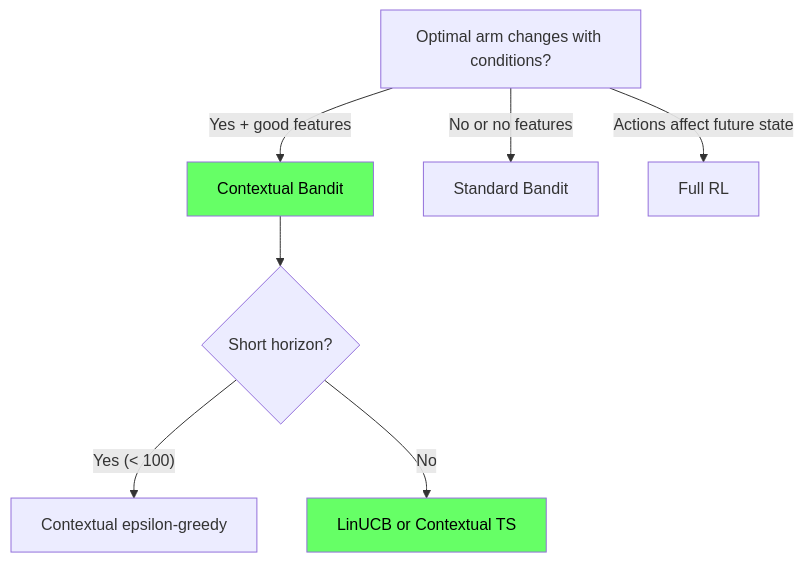
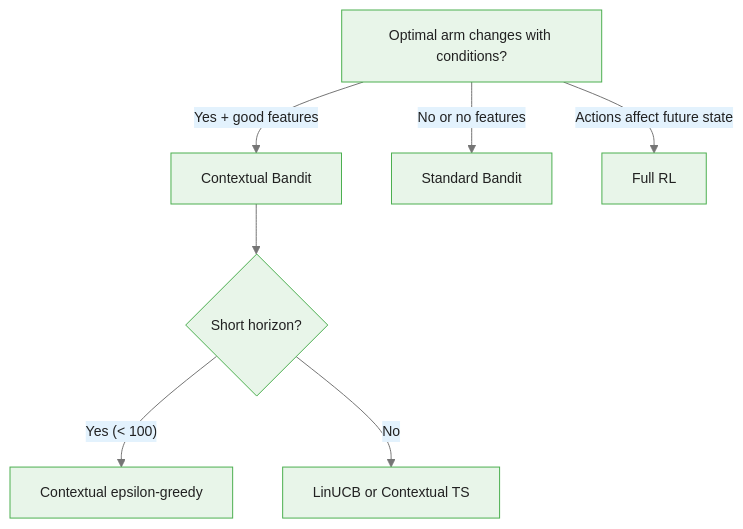
One commit to m-deane/course-creator changed the second of 3 diagrams in courses/multi-armed-bandits-ab-testing/modules/module_03_contextual_bandits/guides/cheatsheet_slides.md. Above: the diagram before and after it, drawn with Mermaid. The commit also changed other lines of this file and 146 other files, not shown here.

````diff
--- a/courses/multi-armed-bandits-ab-testing/modules/module_03_contextual_bandits/guides/cheatsheet_slides.md
+++ b/courses/multi-armed-bandits-ab-testing/modules/module_03_contextual_bandits/guides/cheatsheet_slides.md
@@ -159,14 +203,12 @@
 ```mermaid
+%%{init: {"theme": "base", "themeVariables": {"primaryColor": "#e8f5e9", "primaryBorderColor": "#4caf50", "primaryTextColor": "#212121", "secondaryColor": "#e3f2fd", "tertiaryColor": "#fff8e1", "lineColor": "#757575", "fontFamily": "Inter, sans-serif", "fontSize": "14px"}}}%%
 flowchart TD
     Q["Optimal arm changes with conditions?"]
     Q -->|"Yes + good features"| CB["Contextual Bandit"]
     Q -->|"No or no features"| SB["Standard Bandit"]
     Q -->|"Actions affect future state"| RL["Full RL"]
 
     CB --> Short{"Short horizon?"}
     Short -->|"Yes (< 100)"| EG_c["Contextual epsilon-greedy"]
     Short -->|"No"| LinUCB_c["LinUCB or Contextual TS"]
-
-    style CB fill:#6f6,color:#000
-    style LinUCB_c fill:#6f6,color:#000
 ```
````
